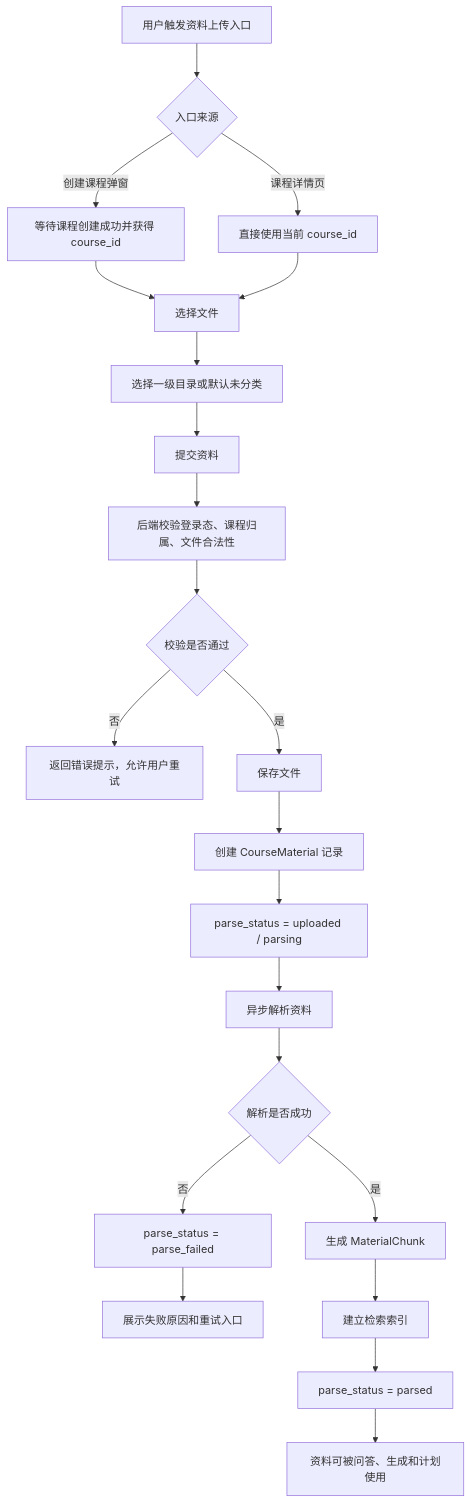
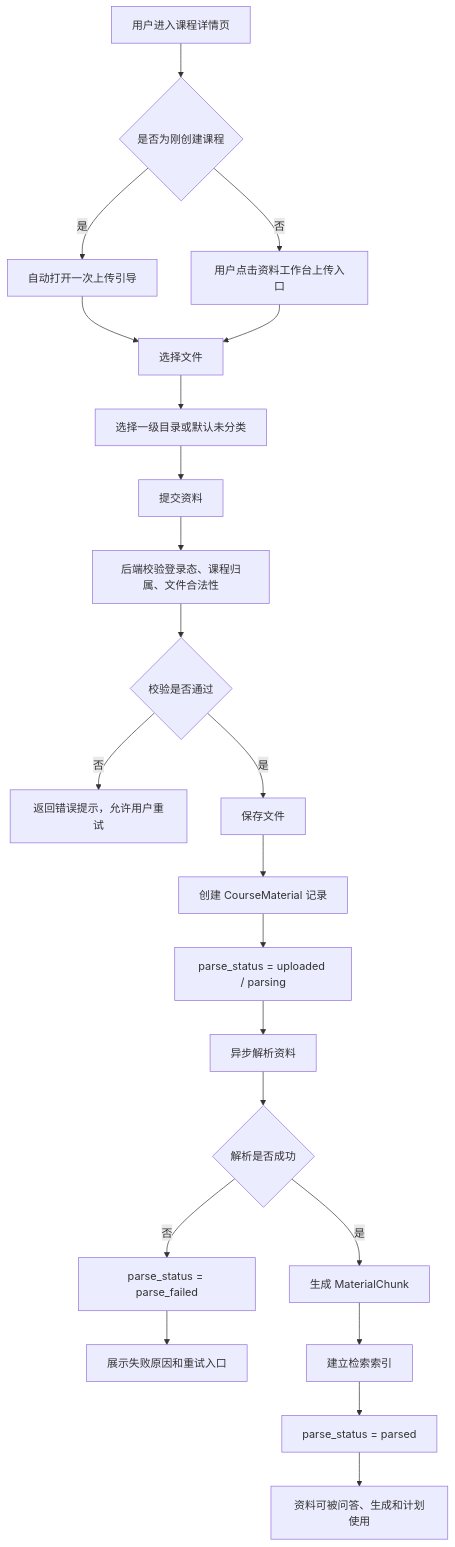
The fourth of 10 diagrams in docs/product/PRD/02_用户流程_页面跳转_系统流程.md (cyruan815/CourseNexus), drawn with Mermaid before and after one commit. The commit also changed other lines of this file and 6 other files, not shown here.

````diff
--- a/docs/product/PRD/02_用户流程_页面跳转_系统流程.md
+++ b/docs/product/PRD/02_用户流程_页面跳转_系统流程.md
@@ -237,24 +232,24 @@
 ```mermaid
 flowchart TD
-    A["用户触发资料上传入口"] --> B{"入口来源"}
-    B -- "创建课程弹窗" --> C["等待课程创建成功并获得 course_id"]
-    B -- "课程详情页" --> D["直接使用当前 course_id"]
+    A["用户进入课程详情页"] --> B{"是否为刚创建课程"}
+    B -- "是" --> C["自动打开一次上传引导"]
+    B -- "否" --> D["用户点击资料工作台上传入口"]
     C --> E["选择文件"]
     D --> E
     E --> F["选择一级目录或默认未分类"]
     F --> G["提交资料"]
     G --> H["后端校验登录态、课程归属、文件合法性"]
     H --> I{"校验是否通过"}
     I -- "否" --> J["返回错误提示，允许用户重试"]
     I -- "是" --> K["保存文件"]
     K --> L["创建 CourseMaterial 记录"]
     L --> M["parse_status = uploaded / parsing"]
     M --> N["异步解析资料"]
     N --> O{"解析是否成功"}
     O -- "否" --> P["parse_status = parse_failed"]
     P --> Q["展示失败原因和重试入口"]
     O -- "是" --> R["生成 MaterialChunk"]
     R --> S["建立检索索引"]
     S --> T["parse_status = parsed"]
     T --> U["资料可被问答、生成和计划使用"]
 ```
````
